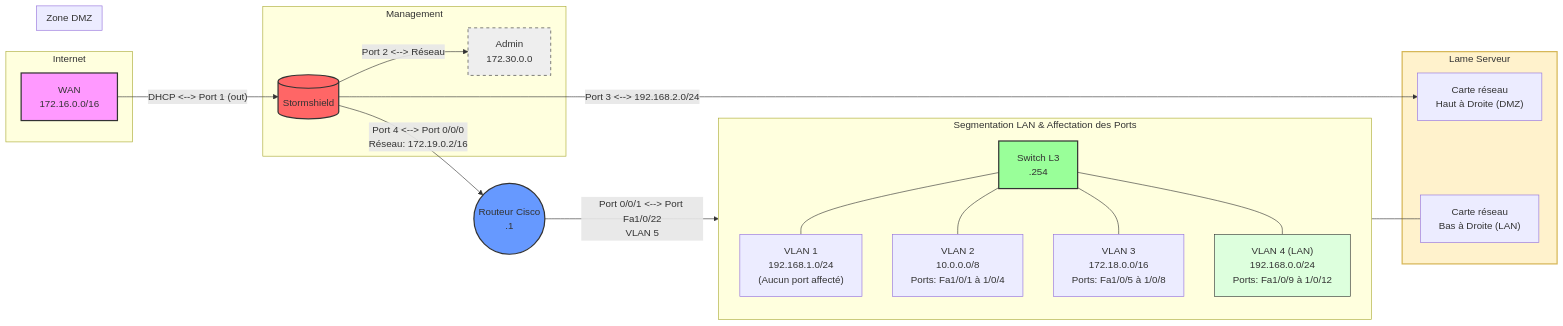
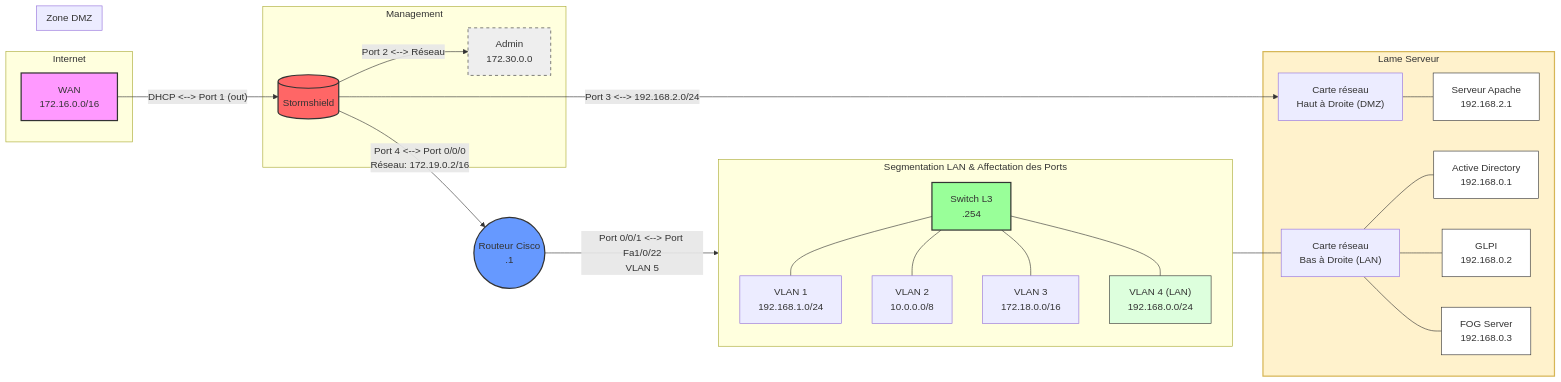
Before and after one commit to Trq-Builds/Schema-Reseau-M2L: the diagram in README.md, drawn with Mermaid.

````diff
--- a/README.md
+++ b/README.md
@@ -34,43 +34,58 @@
 ```mermaid
 graph LR
     subgraph Internet
     WAN["WAN<br/>172.16.0.0/16"]
     end
 
     WAN -- "DHCP <--> Port 1 (out)" --> FW[("Stormshield")]
 
     subgraph Management
     FW -- "Port 2 <--> Réseau" --> ADMIN["Admin<br/>172.30.0.0"]
     end
 
     subgraph LAME[Lame Serveur]
     NIC_DMZ["Carte réseau<br/>Haut à Droite (DMZ)"]
     NIC_LAN["Carte réseau<br/>Bas à Droite (LAN)"]
+    
+    APACHE["Serveur Apache<br/>192.168.2.1"]
+    
+    %% Nouveaux éléments LAN
+    AD["Active Directory<br/>192.168.0.1"]
+    GLPI["GLPI<br/>192.168.0.2"]
+    FOG["FOG Server<br/>192.168.0.3"]
     end
 
     subgraph DMZ_Zone[Zone DMZ]
     FW -- "Port 3 <--> 192.168.2.0/24" --> NIC_DMZ
+    NIC_DMZ --- APACHE
     end
 
     FW -- "Port 4 <--> Port 0/0/0<br/>Réseau: 172.19.0.2/16" --> R1(("Routeur Cisco<br/>.1"))
     
     R1 -- "Port 0/0/1 <--> Port Fa1/0/22<br/>VLAN 5<br/>" --> SW["Switch L3<br/>.254"]
 
     subgraph LAN_Segmentation[Segmentation LAN & Affectation des Ports]
     direction TB
-    SW --- V1["VLAN 1<br/>192.168.1.0/24<br/>(Aucun port affecté)"]
-    SW --- V2["VLAN 2<br/>10.0.0.0/8<br/>Ports: Fa1/0/1 à 1/0/4"]
-    SW --- V3["VLAN 3<br/>172.18.0.0/16<br/>Ports: Fa1/0/5 à 1/0/8"]
-    SW --- V4["VLAN 4 (LAN)<br/>192.168.0.0/24<br/>Ports: Fa1/0/9 à 1/0/12"]
+    SW --- V1["VLAN 1<br/>192.168.1.0/24"]
+    SW --- V2["VLAN 2<br/>10.0.0.0/8"]
+    SW --- V3["VLAN 3<br/>172.18.0.0/16"]
+    SW --- V4["VLAN 4 (LAN)<br/>192.168.0.0/24"]
     end
 
     V4 --- NIC_LAN
+    NIC_LAN --- AD
+    NIC_LAN --- GLPI
+    NIC_LAN --- FOG
 
     style WAN fill:#f9f,stroke:#333,stroke-width:2px
     style FW fill:#f66,stroke:#333,stroke-width:2px
     style R1 fill:#69f,stroke:#333,stroke-width:2px
     style SW fill:#9f9,stroke:#333,stroke-width:2px
     style V4 fill:#dfd,stroke:#333
     style ADMIN fill:#eee,stroke:#333,stroke-dasharray: 5 5
     style LAME fill:#fff2cc,stroke:#d6b656,stroke-width:2px
+    style APACHE fill:#fff,stroke:#333
+    style AD fill:#fff,stroke:#333
+    style GLPI fill:#fff,stroke:#333
+    style FOG fill:#fff,stroke:#333
 ```
````
